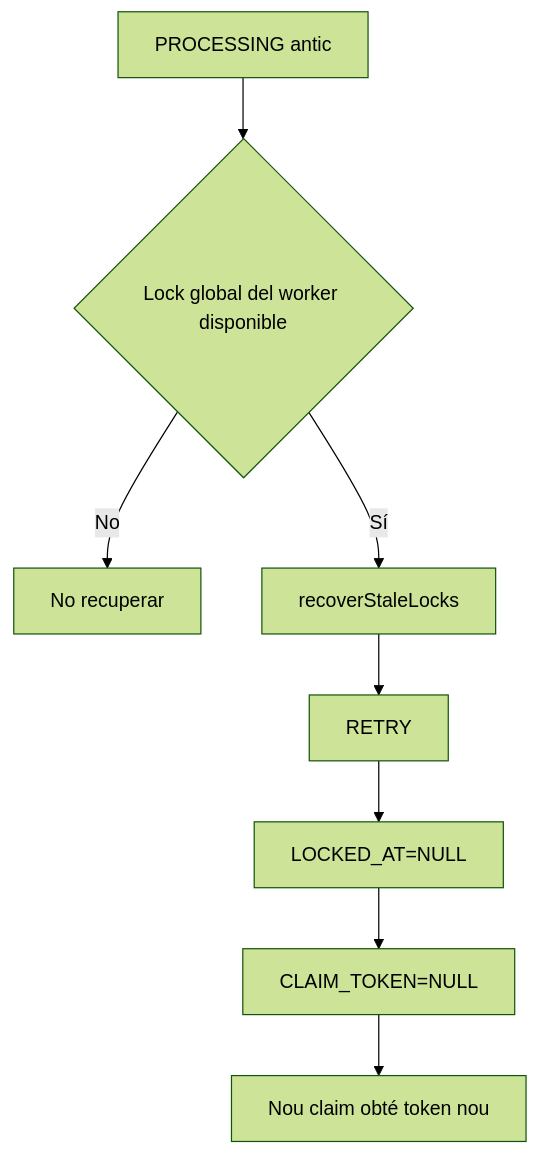
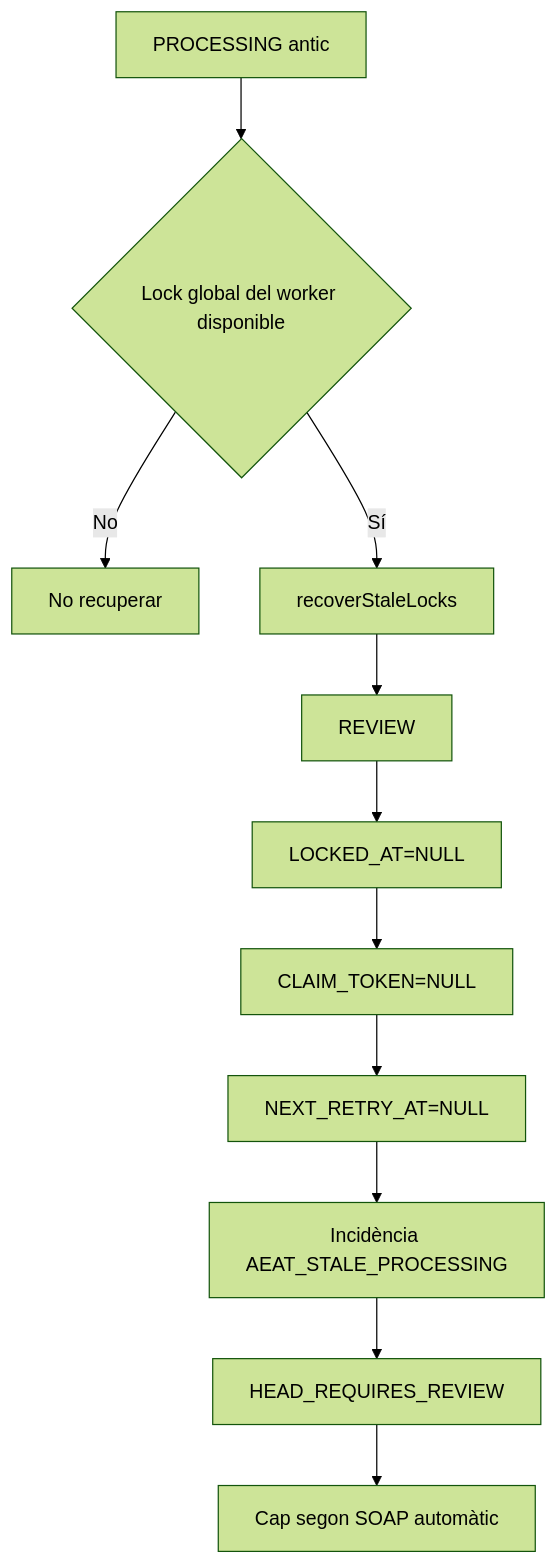
Before and after one commit to orgmeriemprismacat-del/verifactu: diagram 12 of 18 in documentacio/07-uml-integrat/uc-009-activitats-actual-final.md, drawn with Mermaid (forest theme). The commit also changed other lines of this file, not shown here.

Commit message:
docs(UC-009): actualitzar activitat stale lock a REVIEW

````diff
--- a/documentacio/07-uml-integrat/uc-009-activitats-actual-final.md
+++ b/documentacio/07-uml-integrat/uc-009-activitats-actual-final.md
@@ -217,10 +217,13 @@
 ```mermaid
 flowchart TD
     A[PROCESSING antic] --> B{Lock global del worker disponible}
     B -- No --> C[No recuperar]
     B -- Sí --> D[recoverStaleLocks]
-    D --> E[RETRY]
+    D --> E[REVIEW]
     E --> F[LOCKED_AT=NULL]
     F --> G[CLAIM_TOKEN=NULL]
-    G --> H[Nou claim obté token nou]
+    G --> H[NEXT_RETRY_AT=NULL]
+    H --> I[Incidència AEAT_STALE_PROCESSING]
+    I --> J[HEAD_REQUIRES_REVIEW]
+    J --> K[Cap segon SOAP automàtic]
 ```
````
